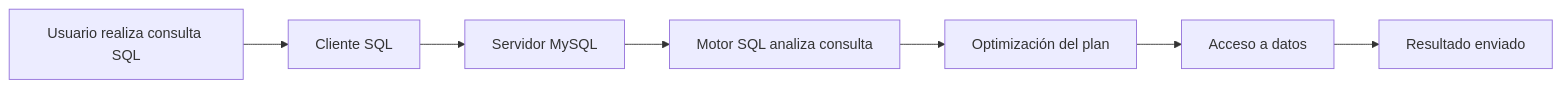
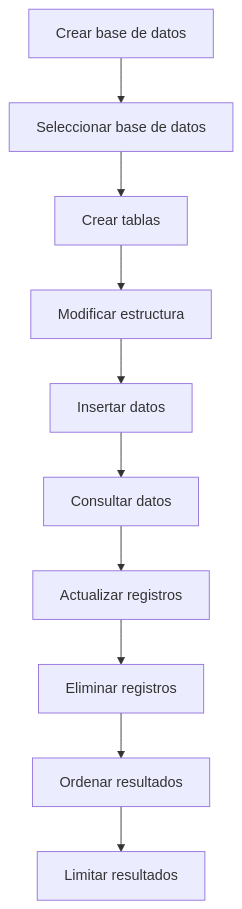
The diagram in MySQL/02-MySQL.md (Velasco-c/Apuntes-personal), drawn with Mermaid before and after one commit. The commit also changed other lines of this file and 2 other files, not shown here.

````diff
--- a/MySQL/02-MySQL.md
+++ b/MySQL/02-MySQL.md
@@ -786,24 +1027,12 @@
 ```mermaid
-flowchart LR
-
-A[Usuario realiza consulta SQL]
-
-B[Cliente SQL]
-
-C[Servidor MySQL]
-
-D[Motor SQL analiza consulta]
-
-E[Optimización del plan]
-
-F[Acceso a datos]
-
-G[Resultado enviado]
-
-A --> B
-B --> C
-C --> D
-D --> E
-E --> F
-F --> G
+flowchart TD
+    A[Crear base de datos] --> B[Seleccionar base de datos]
+    B --> C[Crear tablas]
+    C --> D[Modificar estructura]
+    D --> E[Insertar datos]
+    E --> F[Consultar datos]
+    F --> G[Actualizar registros]
+    G --> H[Eliminar registros]
+    H --> I[Ordenar resultados]
+    I --> J[Limitar resultados]
 ```
````
